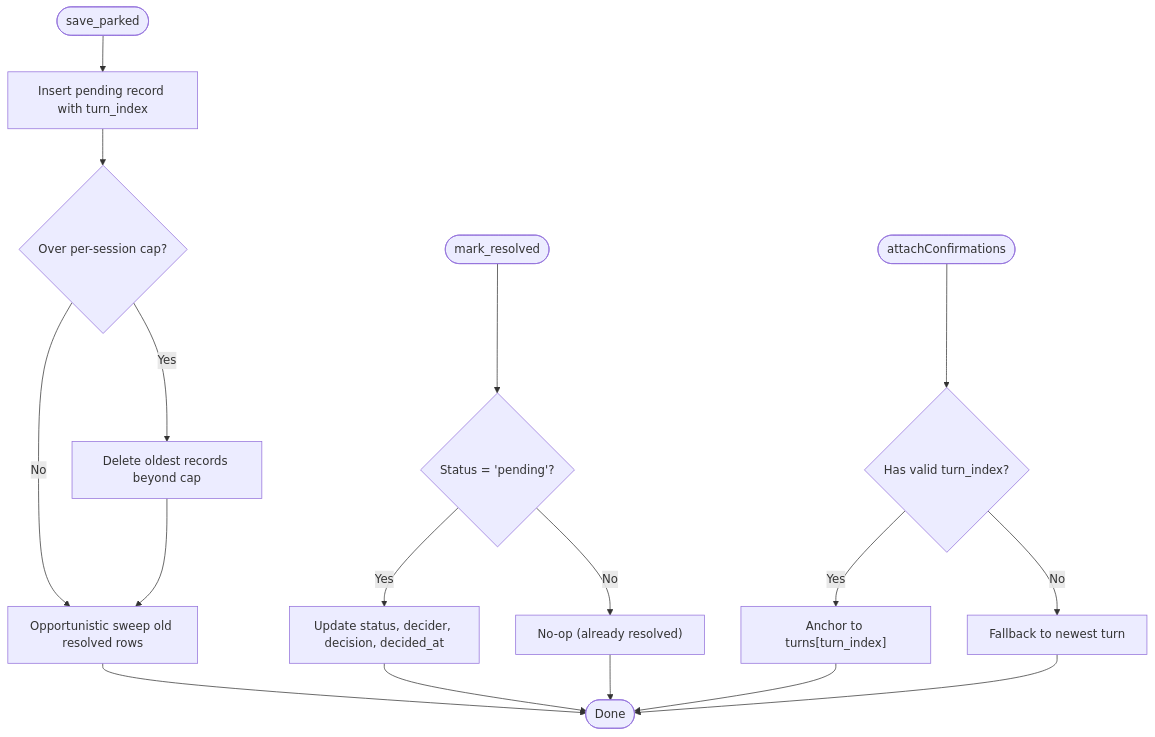
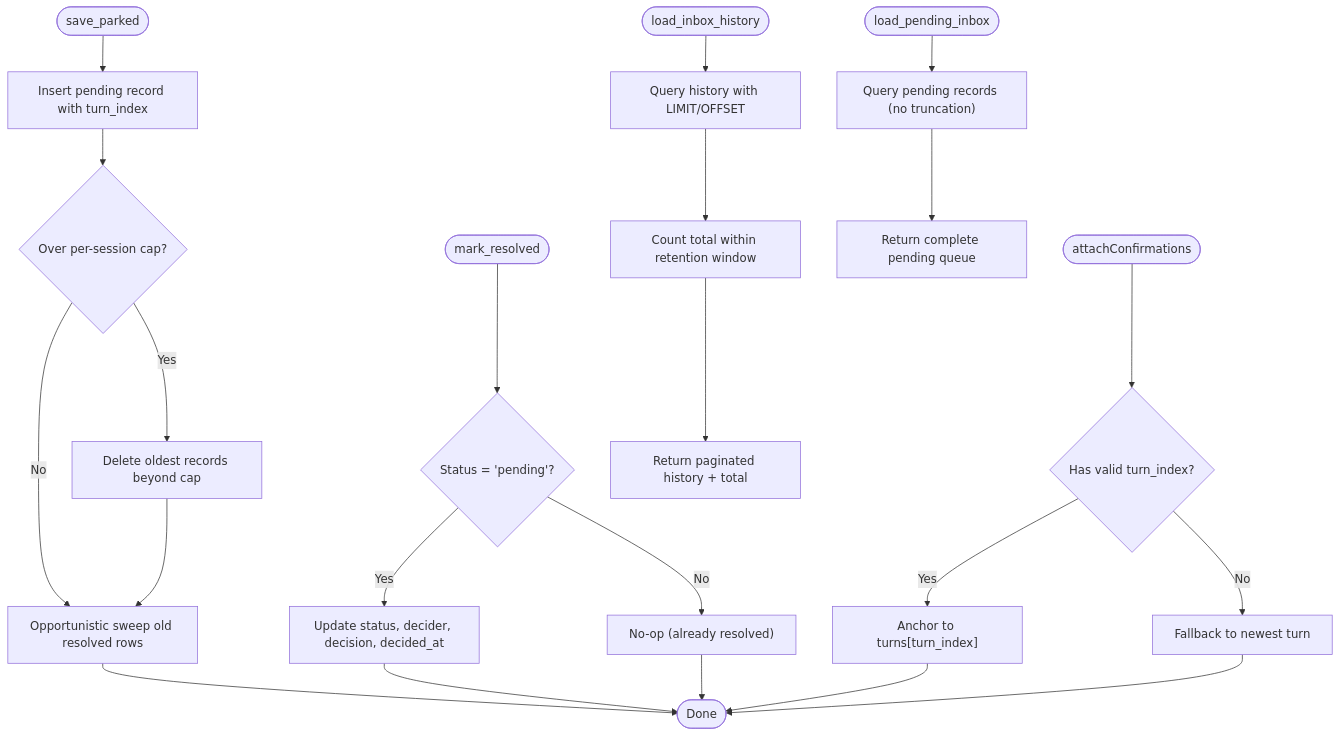
The third of 11 diagrams in .qoder/repowiki/en/content/Architecture Documentation/SPEC-031_ Approval Inbox and Persistent Confirmation Cards.md (metasync/luban-aiops), drawn with Mermaid before and after one commit. The commit also changed other lines of this file and 14 other files, not shown here.

````diff
--- a/.qoder/repowiki/en/content/Architecture Documentation/SPEC-031_ Approval Inbox and Persistent Confirmation Cards.md
+++ b/.qoder/repowiki/en/content/Architecture Documentation/SPEC-031_ Approval Inbox and Persistent Confirmation Cards.md
@@ -206,19 +224,24 @@
 ```mermaid
 flowchart TD
 Start([save_parked]) --> Insert["Insert pending record with turn_index"]
 Insert --> Evict{"Over per-session cap?"}
 Evict --> |Yes| DeleteOldest["Delete oldest records beyond cap"]
 Evict --> |No| Sweep["Opportunistic sweep old resolved rows"]
 DeleteOldest --> Sweep
 Sweep --> End([Done])
 MarkResolved([mark_resolved]) --> CheckStatus{"Status = 'pending'?"}
 CheckStatus --> |Yes| Update["Update status, decider, decision, decided_at"]
 CheckStatus --> |No| NoOp["No-op (already resolved)"]
 Update --> End
 NoOp --> End
 AttachCards([attachConfirmations]) --> CheckTurnIndex{"Has valid turn_index?"}
 CheckTurnIndex --> |Yes| AnchorToTurn["Anchor to turns[turn_index]"]
 CheckTurnIndex --> |No| Fallback["Fallback to newest turn"]
 AnchorToTurn --> End
 Fallback --> End
+LoadPending([load_pending_inbox]) --> QueryPending["Query pending records (no truncation)"]
+QueryPending --> ReturnPending["Return complete pending queue"]
+LoadHistory([load_inbox_history]) --> QueryHistory["Query history with LIMIT/OFFSET"]
+QueryHistory --> CountTotal["Count total within retention window"]
+CountTotal --> ReturnHistory["Return paginated history + total"]
 ```
````
